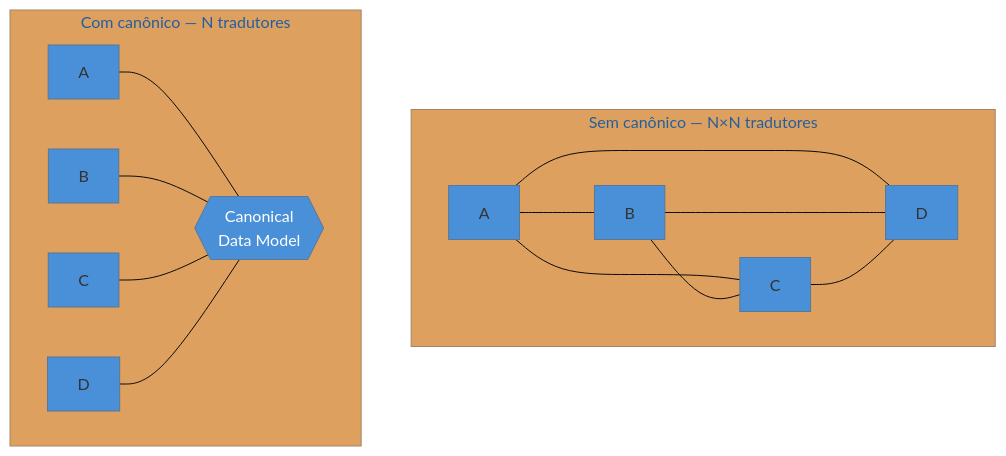
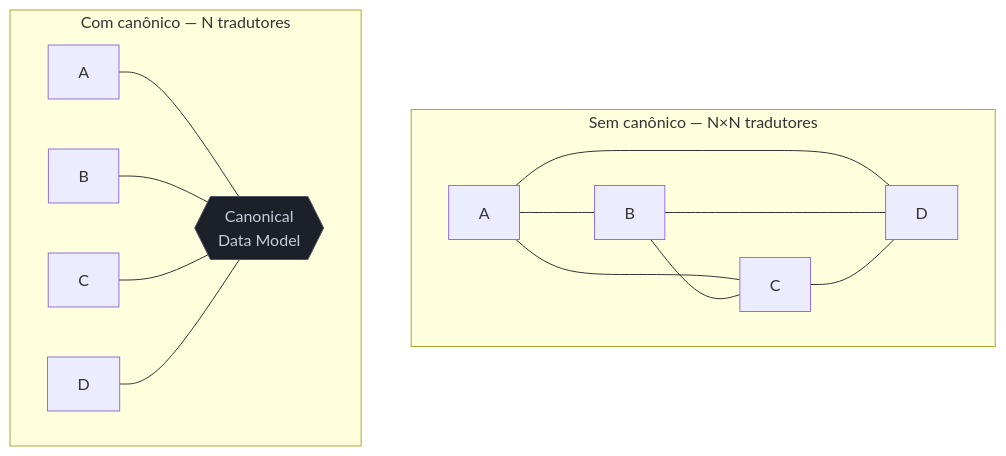
Before and after one commit to josenaldo/codex-technomanticus: the diagram in 03-Dominios/Engenharia/Design de Software/Padrões de Projeto/Integração Empresarial (EIP)/09 - Canonical Data Model.md, drawn with Mermaid. The commit also changed 1181 other files, not shown here.

First line of the commit message:
fix(diagramas): paleta do sistema no lugar de cor cravada no markdown

````diff
--- a/03-Dominios/Engenharia/Design de Software/Padrões de Projeto/Integração Empresarial (EIP)/09 - Canonical Data Model.md
+++ b/03-Dominios/Engenharia/Design de Software/Padrões de Projeto/Integração Empresarial (EIP)/09 - Canonical Data Model.md
@@ -35,21 +35,21 @@
 ```mermaid
-%%{init: {"theme": "base", "themeVariables": {"primaryColor": "#4A90D9"}}}%%
 graph TD
+    classDef neutro fill:#1B2029,stroke:#4E5666,color:#C6CCD8
     subgraph MESH["Sem canônico — N×N tradutores"]
         A1["A"] --- B1["B"]
         A1 --- C1["C"]
         A1 --- D1["D"]
         B1 --- C1
         B1 --- D1
         C1 --- D1
     end
     subgraph STAR["Com canônico — N tradutores"]
         CDM{{"Canonical<br/>Data Model"}}
         A2["A"] --- CDM
         B2["B"] --- CDM
         C2["C"] --- CDM
         D2["D"] --- CDM
     end
 
-    style CDM fill:#4A90D9,color:#fff
+    class CDM neutro
 ```
````
